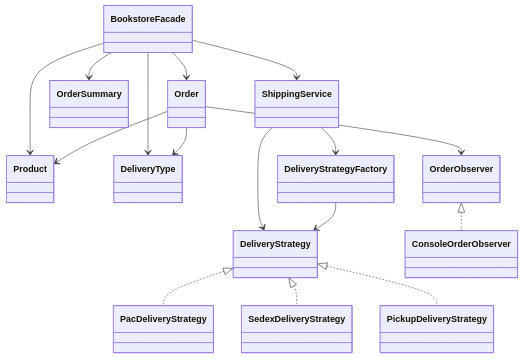
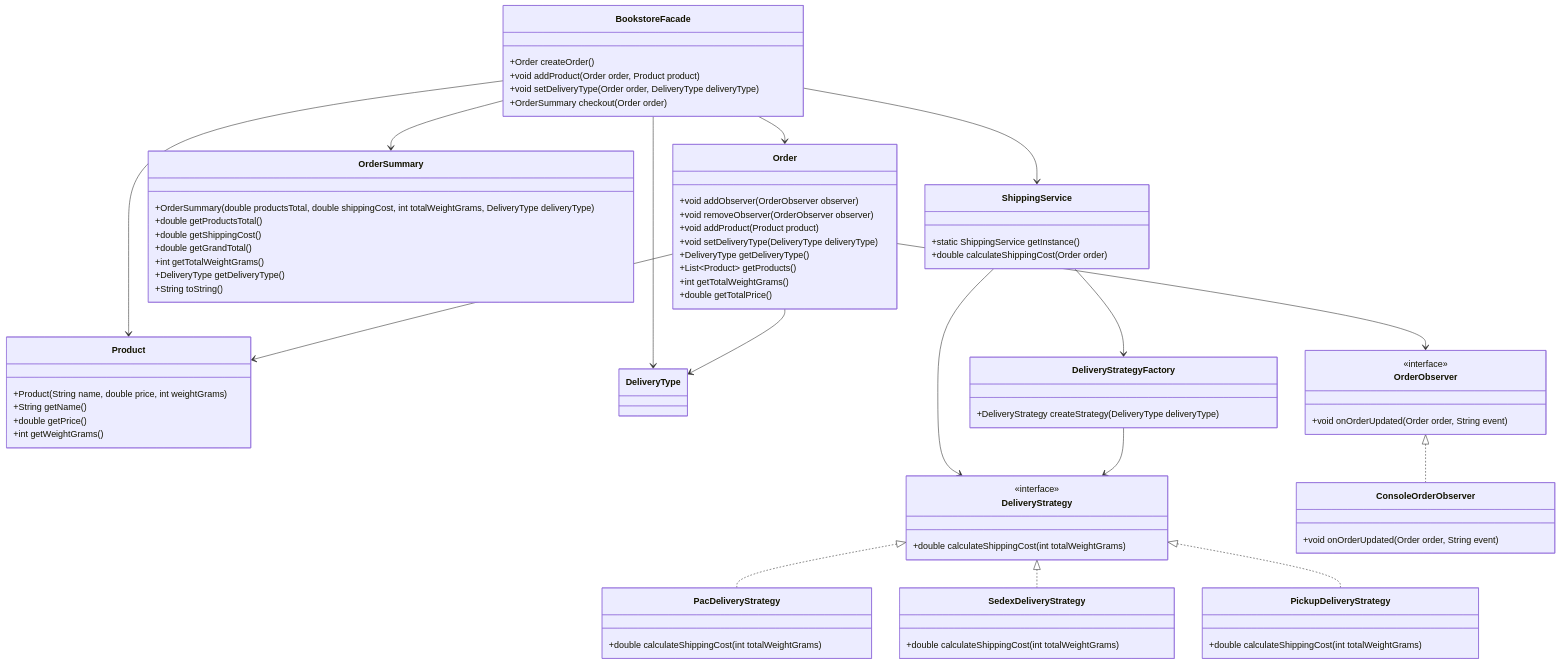
The diagram in README.md (Paulo-RMachado/TRABALHO-1-An-lise-de-algoritimos), drawn with Mermaid before and after one commit. The commit also changed other lines of this file, not shown here.

Commit message:
Update UML diagram in README.md

````diff
--- a/README.md
+++ b/README.md
@@ -23,35 +23,81 @@
 ```mermaid
 classDiagram
-	class BookstoreFacade
-	class Order
-	class Product
-	class OrderSummary
+	class BookstoreFacade {
+		+Order createOrder()
+		+void addProduct(Order order, Product product)
+		+void setDeliveryType(Order order, DeliveryType deliveryType)
+		+OrderSummary checkout(Order order)
+	}
+	class Order {
+		+void addObserver(OrderObserver observer)
+		+void removeObserver(OrderObserver observer)
+		+void addProduct(Product product)
+		+void setDeliveryType(DeliveryType deliveryType)
+		+DeliveryType getDeliveryType()
+		+List~Product~ getProducts()
+		+int getTotalWeightGrams()
+		+double getTotalPrice()
+	}
+	class Product {
+		+Product(String name, double price, int weightGrams)
+		+String getName()
+		+double getPrice()
+		+int getWeightGrams()
+	}
+	class OrderSummary {
+		+OrderSummary(double productsTotal, double shippingCost, int totalWeightGrams, DeliveryType deliveryType)
+		+double getProductsTotal()
+		+double getShippingCost()
+		+double getGrandTotal()
+		+int getTotalWeightGrams()
+		+DeliveryType getDeliveryType()
+		+String toString()
+	}
 	class DeliveryType
-	class ShippingService
-	class DeliveryStrategyFactory
-	class DeliveryStrategy
-	class PacDeliveryStrategy
-	class SedexDeliveryStrategy
-	class PickupDeliveryStrategy
-	class OrderObserver
-	class ConsoleOrderObserver
+	class ShippingService {
+		+static ShippingService getInstance()
+		+double calculateShippingCost(Order order)
+	}
+	class DeliveryStrategyFactory {
+		+DeliveryStrategy createStrategy(DeliveryType deliveryType)
+	}
+	class DeliveryStrategy {
+		<<interface>>
+		+double calculateShippingCost(int totalWeightGrams)
+	}
+	class PacDeliveryStrategy {
+		+double calculateShippingCost(int totalWeightGrams)
+	}
+	class SedexDeliveryStrategy {
+		+double calculateShippingCost(int totalWeightGrams)
+	}
+	class PickupDeliveryStrategy {
+		+double calculateShippingCost(int totalWeightGrams)
+	}
+	class OrderObserver {
+		<<interface>>
+		+void onOrderUpdated(Order order, String event)
+	}
+	class ConsoleOrderObserver {
+		+void onOrderUpdated(Order order, String event)
+	}
 
 	BookstoreFacade --> ShippingService
 	BookstoreFacade --> Order
 	BookstoreFacade --> OrderSummary
 	BookstoreFacade --> DeliveryType
 	BookstoreFacade --> Product
 
 	ShippingService --> DeliveryStrategyFactory
 	ShippingService --> DeliveryStrategy
 	DeliveryStrategyFactory --> DeliveryStrategy
 
 	DeliveryStrategy <|.. PacDeliveryStrategy
 	DeliveryStrategy <|.. SedexDeliveryStrategy
 	DeliveryStrategy <|.. PickupDeliveryStrategy
 
 	Order --> Product
 	Order --> DeliveryType
 	Order --> OrderObserver
 	OrderObserver <|.. ConsoleOrderObserver
 ```
````
